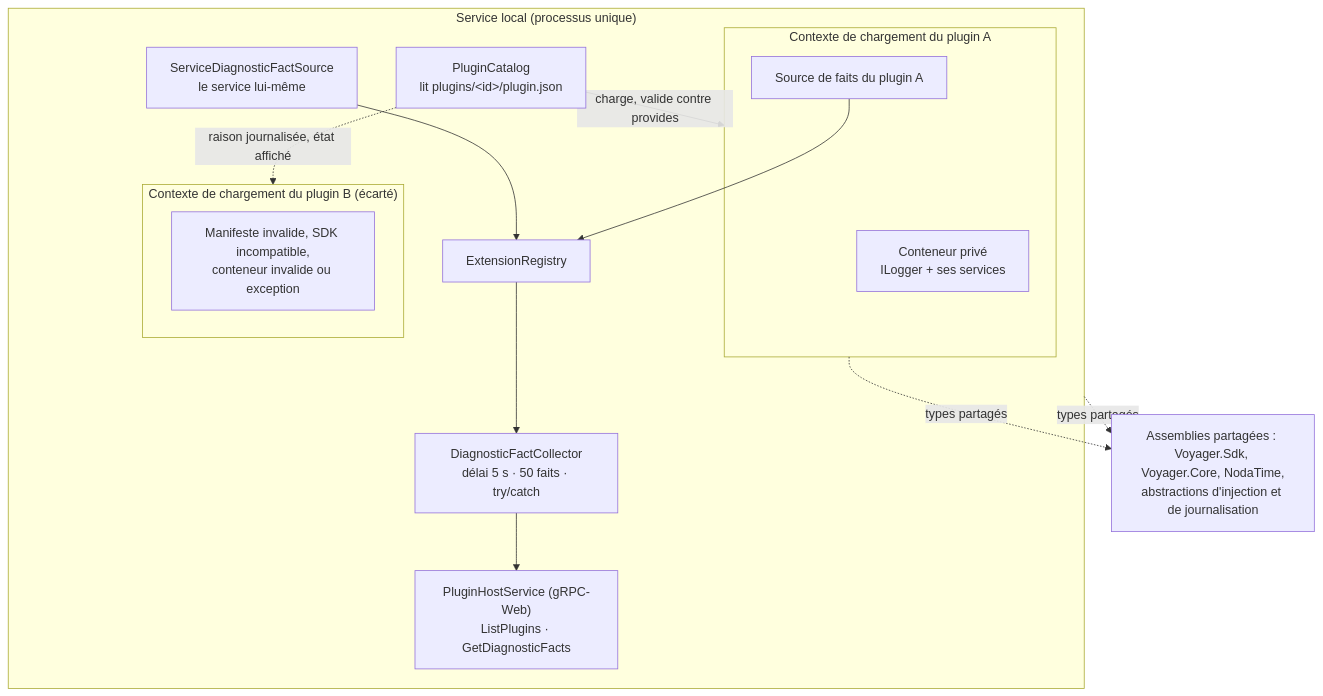
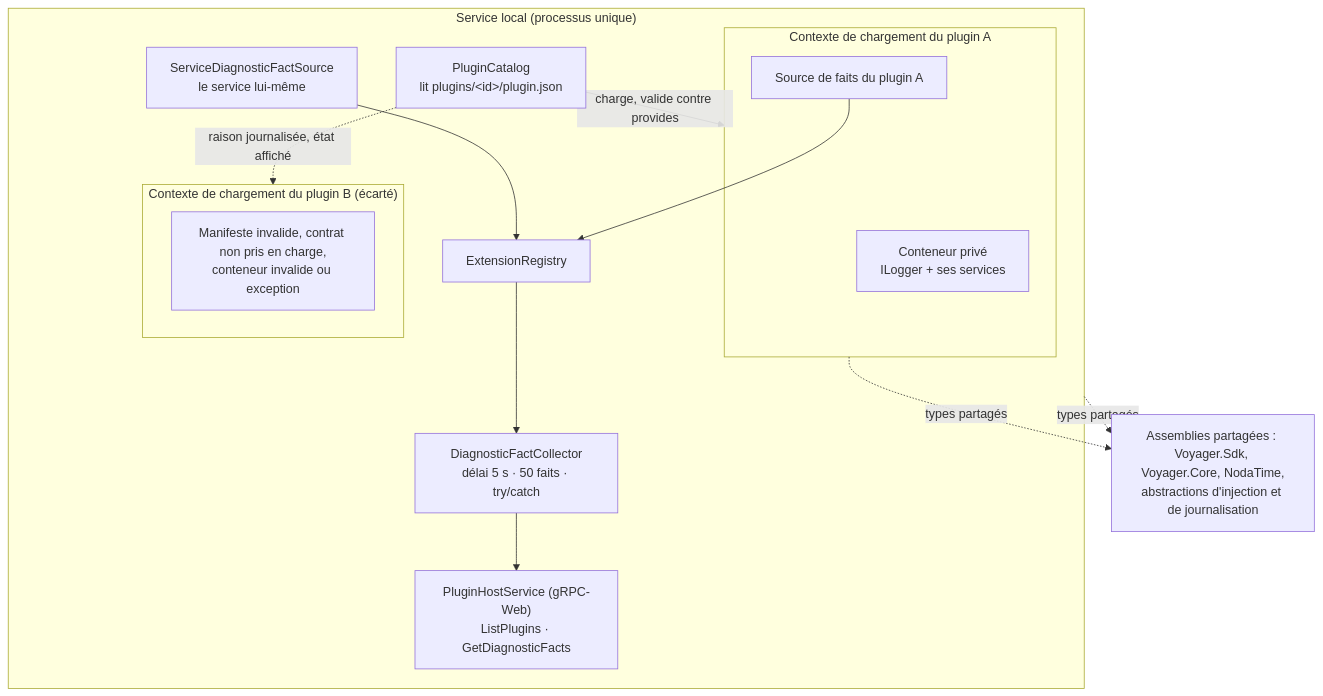
One commit to Nidk-Akanea/Voyager changed the sixth of 8 diagrams in docs/schemas/technique.md. Above: the diagram before and after it, drawn with Mermaid. The commit also changed other lines of this file and 51 other files, not shown here.

````diff
--- a/docs/schemas/technique.md
+++ b/docs/schemas/technique.md
@@ -244,26 +244,26 @@
 ```mermaid
 flowchart TB
     subgraph Hote["Service local (processus unique)"]
         Cat["PluginCatalog<br/>lit plugins/&lt;id&gt;/plugin.json"]
         Reg["ExtensionRegistry"]
         Col["DiagnosticFactCollector<br/>délai 5 s · 50 faits · try/catch"]
         Svc["ServiceDiagnosticFactSource<br/>le service lui-même"]
         Grpc["PluginHostService (gRPC-Web)<br/>ListPlugins · GetDiagnosticFacts"]
         subgraph P1["Contexte de chargement du plugin A"]
             C1["Conteneur privé<br/>ILogger + ses services"]
             S1["Source de faits du plugin A"]
         end
         subgraph P2["Contexte de chargement du plugin B (écarté)"]
-            X["Manifeste invalide, SDK incompatible,<br/>conteneur invalide ou exception"]
+            X["Manifeste invalide, contrat non pris en charge,<br/>conteneur invalide ou exception"]
         end
     end
     Shared["Assemblies partagées : Voyager.Sdk, Voyager.Core, NodaTime,<br/>abstractions d'injection et de journalisation"]
     Cat -->|"charge, valide contre provides"| P1
     Cat -.->|"raison journalisée, état affiché"| P2
     S1 --> Reg
     Svc --> Reg
     Reg --> Col
     Col --> Grpc
     P1 -. "types partagés" .-> Shared
     Hote -. "types partagés" .-> Shared
 ```
````
